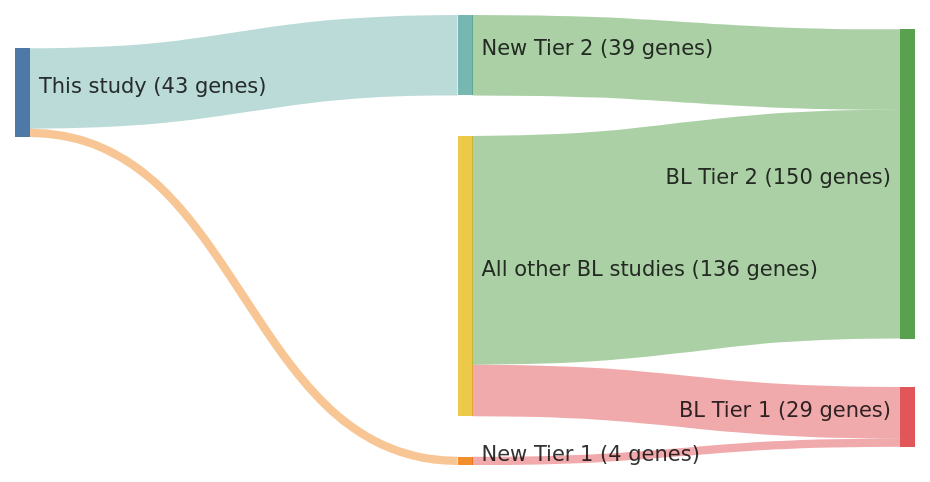
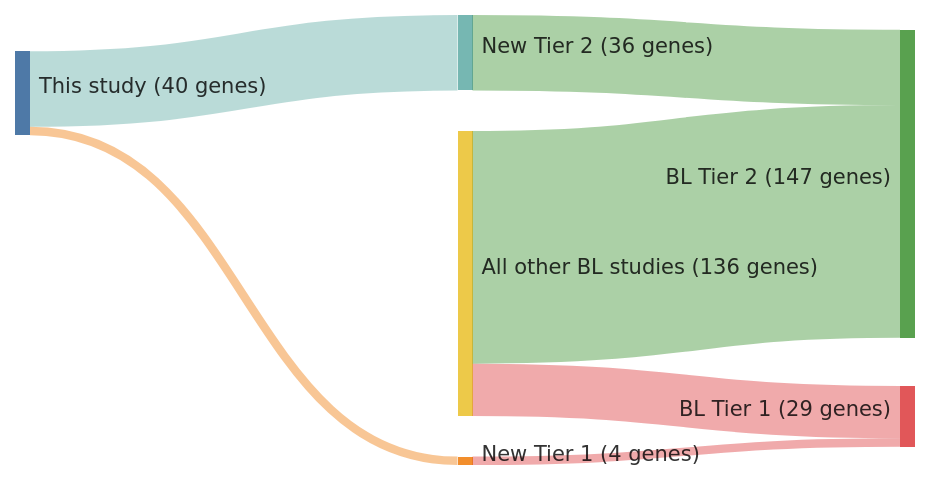
Before and after one commit to morinlab/lymphopedia: the diagram in papers/paneaWholeGenomeLandscape2019.md, drawn with Mermaid. The commit also changed other lines of this file and 2 other files, not shown here.

````diff
--- a/papers/paneaWholeGenomeLandscape2019.md
+++ b/papers/paneaWholeGenomeLandscape2019.md
@@ -12,20 +12,20 @@
 ```mermaid
 ---
 config:
     sankey:
         showValues: true
         linkColor: target
         width: 600
         height: 300
         nodeAlignment: right
         prefix: '('
         suffix: ' genes)'
 ---
 sankey-beta
 This study, New Tier 1, 4
 New Tier 1, BL Tier 1, 4
-This study, New Tier 2, 39
-New Tier 2, BL Tier 2, 39
+This study, New Tier 2, 36
+New Tier 2, BL Tier 2, 36
 All other BL studies, BL Tier 1, 25
 All other BL studies, BL Tier 2, 111
 ```
````
